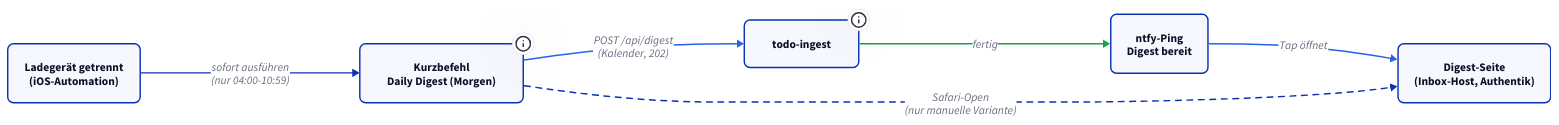
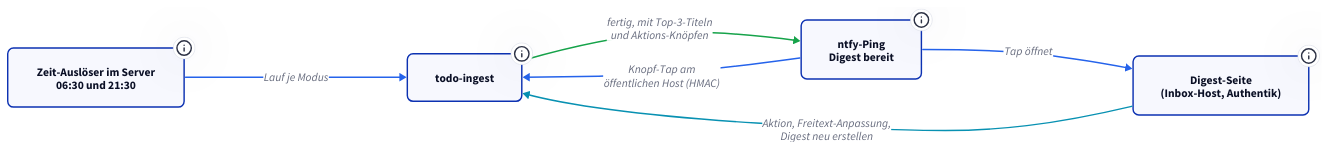
Before and after one commit to derever-labs/homelab-wiki: the second of 3 diagrams in docs/dienste/todo-ingest/betrieb.md, drawn with D2. The commit also changed other lines of this file and 2 other files, not shown here.

First line of the commit message:
docs(todo-ingest): Welle 4 Digest handlungsfaehig nachfuehren

````diff
--- a/docs/dienste/todo-ingest/betrieb.md
+++ b/docs/dienste/todo-ingest/betrieb.md
@@ -54,25 +54,30 @@
 ```d2
 classes: {
   node: { style: { border-radius: 8 } }
 }
 
 direction: right
 
-Wecker: "Ladegerät getrennt\n(iOS-Automation)" { class: node }
-KB: "Kurzbefehl\nDaily Digest (Morgen)" {
+Zeit: "Zeit-Auslöser im Server\n06:30 und 21:30" {
   class: node
-  tooltip: "Liest die kommenden Termine aller iPhone-Kalender und schickt sie als Zeilen-Text mit. Die Morgen-Variante läuft nur 04:00-10:59, die manuelle Variante jederzeit (Home-Screen/Widget)"
+  tooltip: "Im Sweeper-Takt geprüft. Pro Modus ein eigener Erfolgs-Check und ein eigener Tages-Zähler, damit ein Morgen-Lauf den Abend-Lauf nicht als erledigt abweist"
 }
 Svc: "todo-ingest" {
   class: node
-  tooltip: "Debounce 5 min, dann ClickUp-Erhebung (Listen + zugewiesene Tasks, Teilausfall toleriert). Opus formuliert Headline, Top-3 und Item-Texte, der Server garantiert Vollständigkeit und baut alle Links deterministisch"
+  tooltip: "ClickUp-Erhebung (Listen + zugewiesene Tasks, Teilausfall toleriert) und Status-Abgleich der angezeigten Aufgaben. Das Modell formuliert Headline, Top-3 und Item-Texte, der Server garantiert Vollständigkeit und baut alle Links deterministisch"
 }
-Seite: "Digest-Seite\n(Inbox-Host, Authentik)" { class: node }
-Push: "ntfy-Ping\nDigest bereit" { class: node }
+Seite: "Digest-Seite\n(Inbox-Host, Authentik)" {
+  class: node
+  tooltip: "Dazu die Rückstands-Seite mit dem vollen Bestand und die Rückblick-Seite mit den Zahlen der letzten Tage -- beide ohne Modell-Lauf"
+}
+Push: "ntfy-Ping\nDigest bereit" {
+  class: node
+  tooltip: "Trägt die Top-3-Titel im Text und bis zu drei Knöpfe: erledigt und auf morgen für die erste Aufgabe plus Öffnen"
+}
 
-Wecker -> KB: "sofort ausführen\n(nur 04:00-10:59)"
-KB -> Svc: "POST /api/digest\n(Kalender, 202)" { style.stroke: "#2563eb" }
-Svc -> Push: "fertig" { style.stroke: "#16a34a" }
+Zeit -> Svc: "Lauf je Modus" { style.stroke: "#2563eb" }
+Svc -> Push: "fertig, mit Top-3-Titeln\nund Aktions-Knöpfen" { style.stroke: "#16a34a" }
+Push -> Svc: "Knopf-Tap am\nöffentlichen Host (HMAC)" { style.stroke: "#2563eb" }
 Push -> Seite: "Tap öffnet" { style.stroke: "#2563eb" }
-KB -> Seite: "Safari-Open\n(nur manuelle Variante)" { style.stroke-dash: 4 }
+Seite -> Svc: "Aktion, Freitext-Anpassung,\nDigest neu erstellen" { style.stroke: "#0891b2" }
 ```
````
